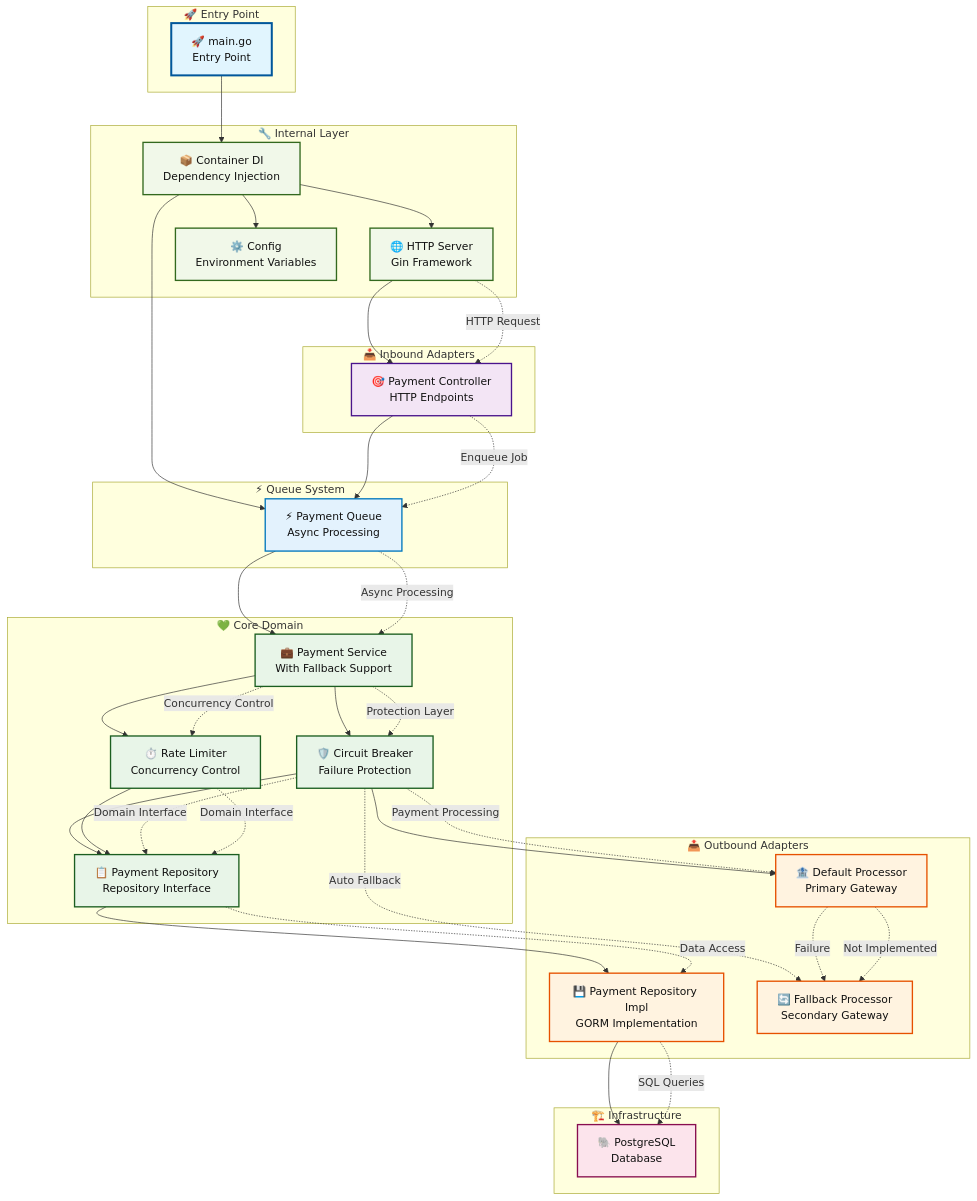
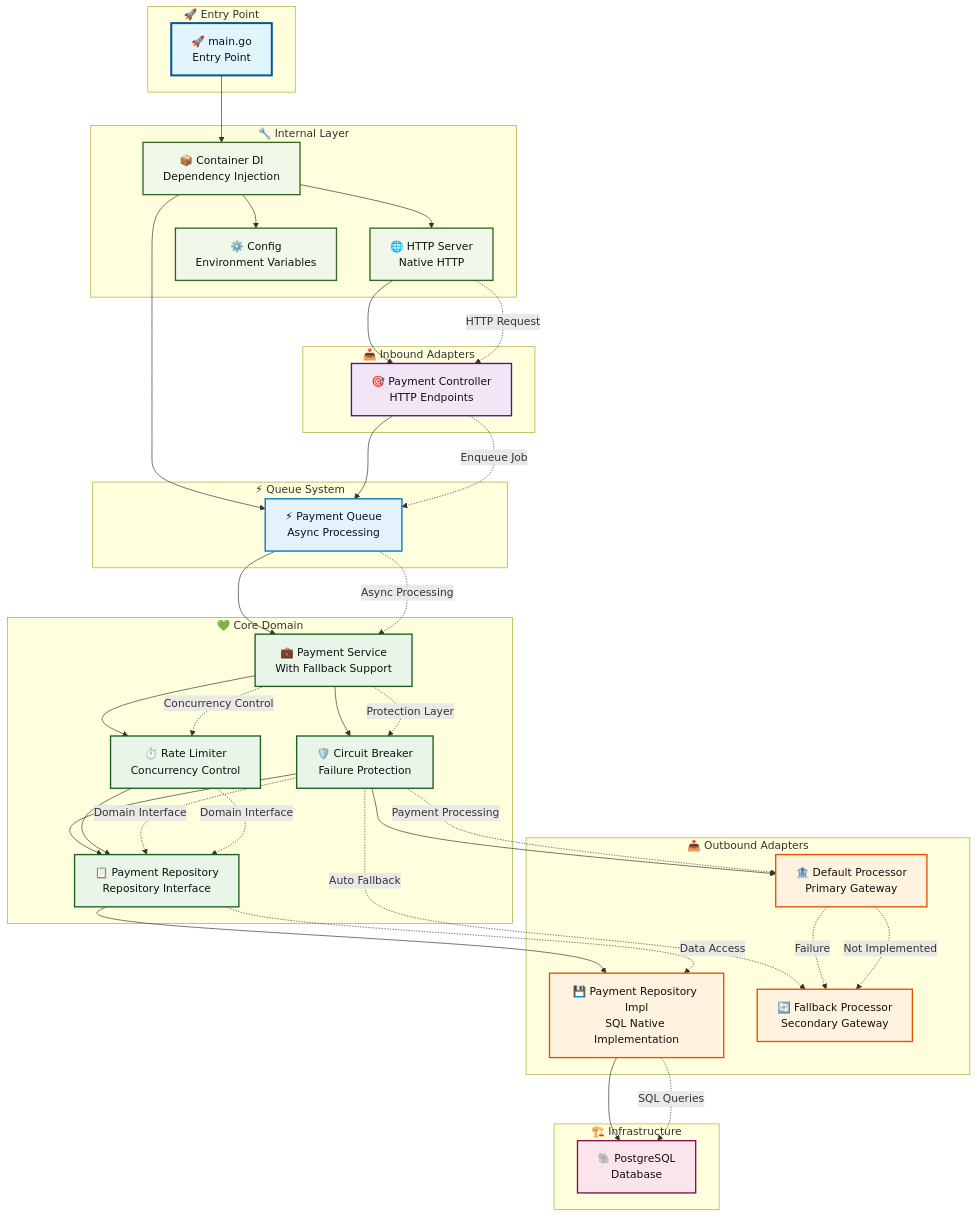
The diagram in participantes/fabianoflorentino/README.md (zsantana/rinha-de-backend-2025), drawn with Mermaid before and after one commit. The commit also changed other lines of this file and 3 other files, not shown here.

```diff
--- a/participantes/fabianoflorentino/README.md
+++ b/participantes/fabianoflorentino/README.md
@@ -72,7 +102,7 @@
     %% Main components
     A[🚀 main.go<br/>Entry Point] --> B[📦 Container DI<br/>Dependency Injection]
 
-    B --> C[🌐 HTTP Server<br/>Gin Framework]
+    B --> C[🌐 HTTP Server<br/>Native HTTP]
     B --> Q[⚡ Payment Queue<br/>Async Processing]
     B --> K[⚙️ Config<br/>Environment Variables]
 
@@ -92,7 +122,7 @@
     RL --> F
 
     %% Persistence
-    F --> G[💾 Payment Repository Impl<br/>GORM Implementation]
+    F --> G[💾 Payment Repository Impl<br/>SQL Native Implementation]
     G --> H[🐘 PostgreSQL<br/>Database]
 
     %% Payment Gateways with Fallback
```
